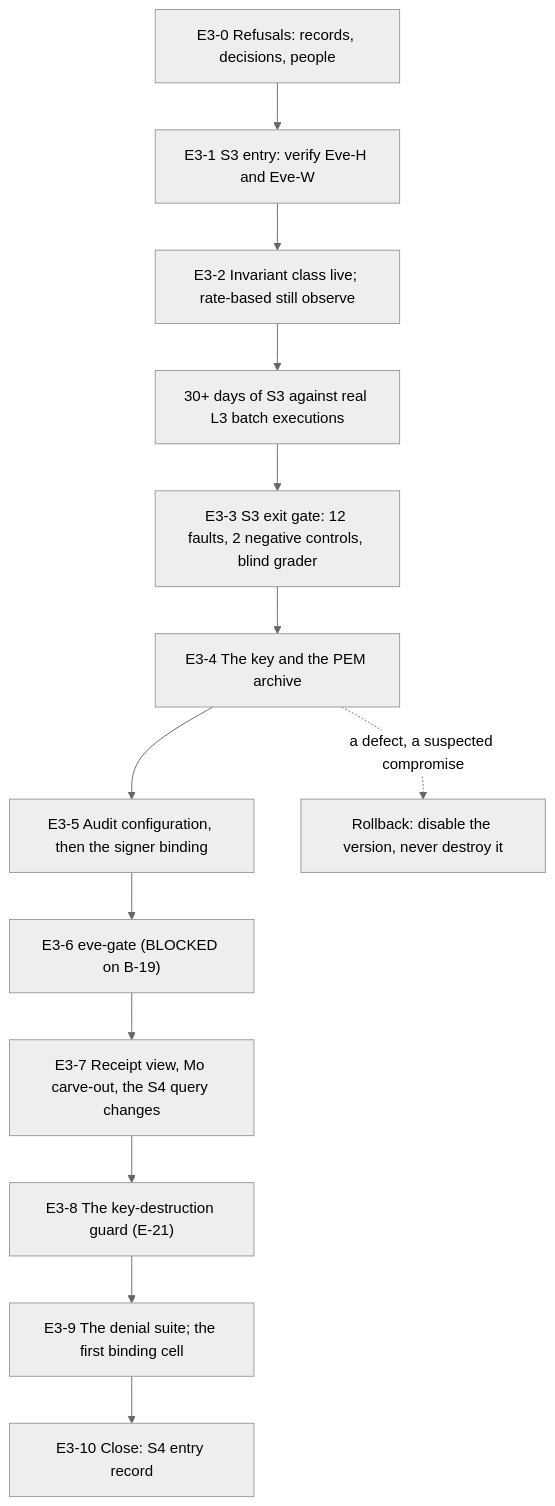
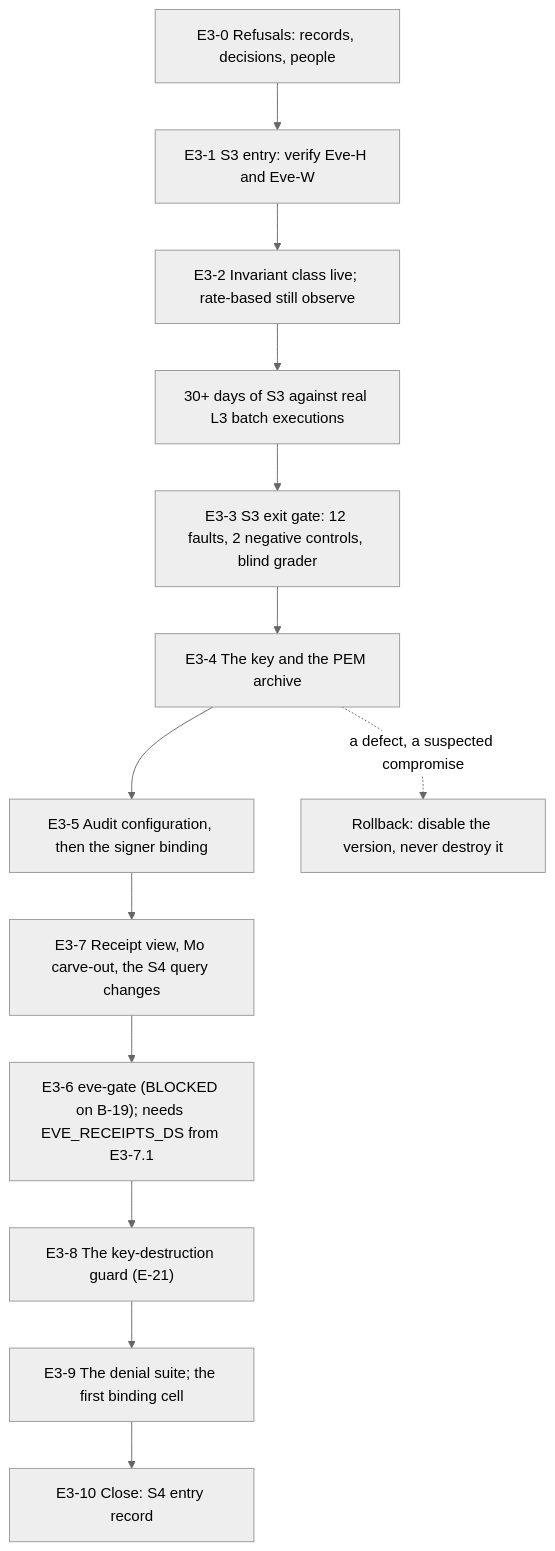
One commit to jsbdfgidsfg/agentic-platform changed the diagram in platform/agentic-platform/setup/41-eve-s3-and-s4.md. Above: the diagram before and after it, drawn with Mermaid (neutral theme). The commit also changed other lines of this file and 22 other files, not shown here.

````diff
--- a/platform/agentic-platform/setup/41-eve-s3-and-s4.md
+++ b/platform/agentic-platform/setup/41-eve-s3-and-s4.md
@@ -50,15 +51,15 @@
 ```mermaid
 flowchart TD
   A["E3-0 Refusals: records, decisions, people"] --> B["E3-1 S3 entry: verify Eve-H and Eve-W"]
   B --> C["E3-2 Invariant class live; rate-based still observe"]
   C --> D["30+ days of S3 against real L3 batch executions"]
   D --> E["E3-3 S3 exit gate: 12 faults, 2 negative controls, blind grader"]
   E --> F["E3-4 The key and the PEM archive"]
   F --> G["E3-5 Audit configuration, then the signer binding"]
-  G --> H["E3-6 eve-gate (BLOCKED on B-19)"]
-  H --> I["E3-7 Receipt view, Mo carve-out, the S4 query changes"]
-  I --> J["E3-8 The key-destruction guard (E-21)"]
+  G --> I["E3-7 Receipt view, Mo carve-out, the S4 query changes"]
+  I --> H["E3-6 eve-gate (BLOCKED on B-19); needs EVE_RECEIPTS_DS from E3-7.1"]
+  H --> J["E3-8 The key-destruction guard (E-21)"]
   J --> K["E3-9 The denial suite; the first binding cell"]
   K --> L["E3-10 Close: S4 entry record"]
   F -.->|"a defect, a suspected compromise"| M["Rollback: disable the version, never destroy it"]
 ```
````
